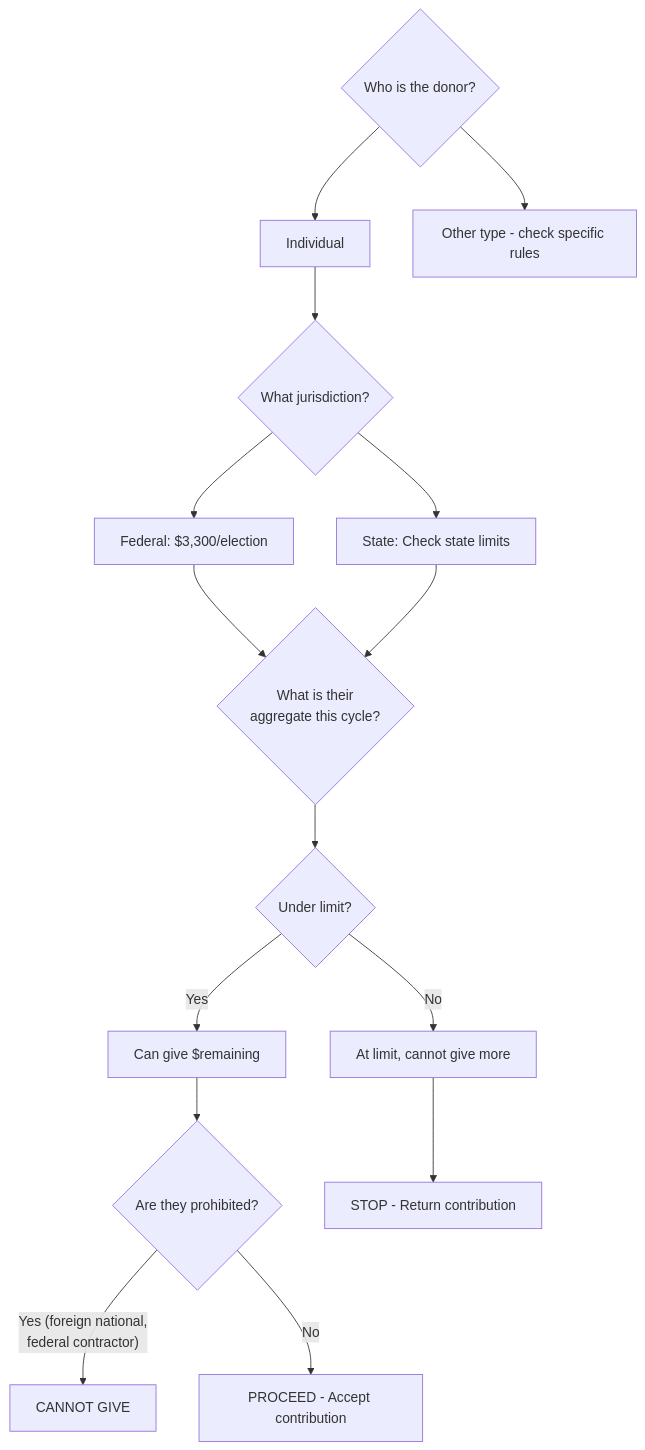
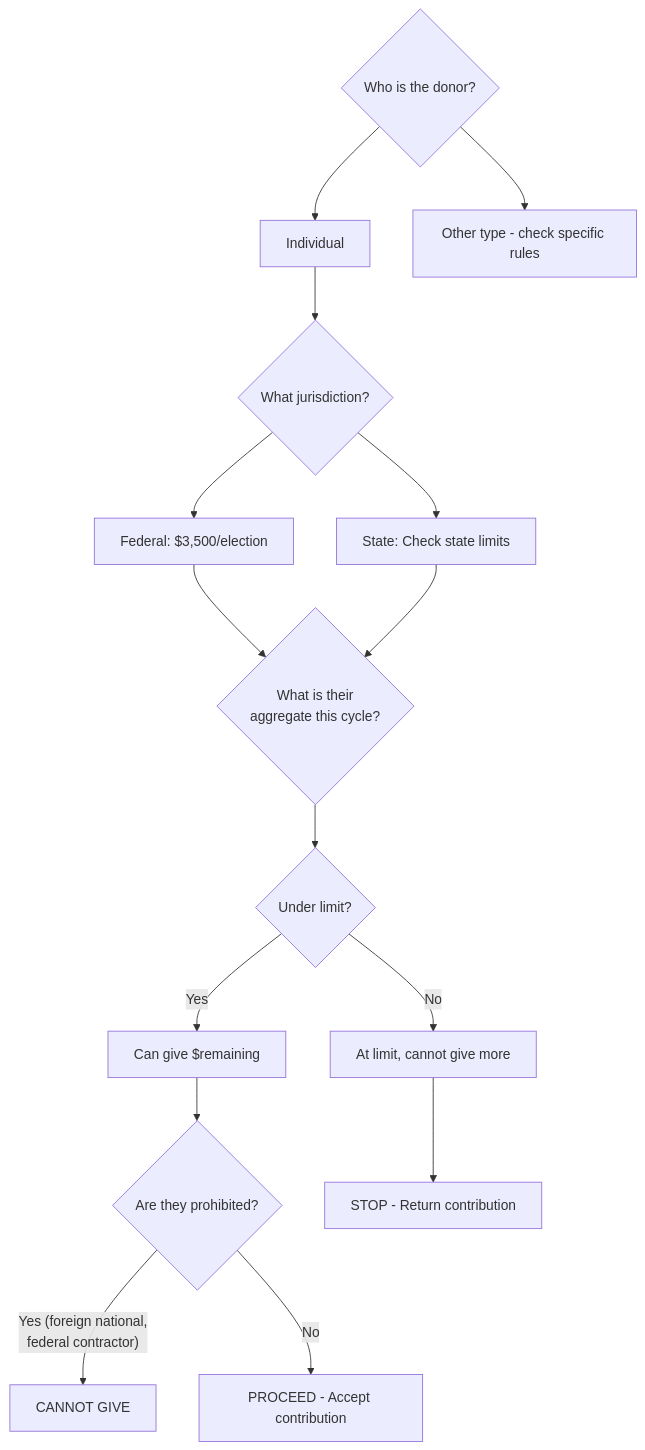
One commit to dougdevitre/matt-grant changed the diagram in tools/donor-limit-checker.md. Above: the diagram before and after it, drawn with Mermaid. The commit also changed other lines of this file and 18 other files, not shown here.

````diff
--- a/tools/donor-limit-checker.md
+++ b/tools/donor-limit-checker.md
@@ -5,22 +5,22 @@
 ```mermaid
 flowchart TD
     A{Who is the donor?} --> B[Individual]
     A --> Z[Other type - check specific rules]
 
     B --> C{What jurisdiction?}
-    C --> D["Federal: $3,300/election"]
+    C --> D["Federal: $3,500/election"]
     C --> E["State: Check state limits"]
 
     D & E --> F{"What is their
     aggregate this cycle?"}
     F --> G{Under limit?}
     G -- Yes --> H["Can give $remaining"]
     G -- No --> I["At limit, cannot give more"]
 
     H --> J{Are they prohibited?}
     I --> END1[STOP - Return contribution]
 
     J -- "Yes (foreign national,
     federal contractor)" --> K[CANNOT GIVE]
     J -- No --> L[PROCEED - Accept contribution]
 ```
````
